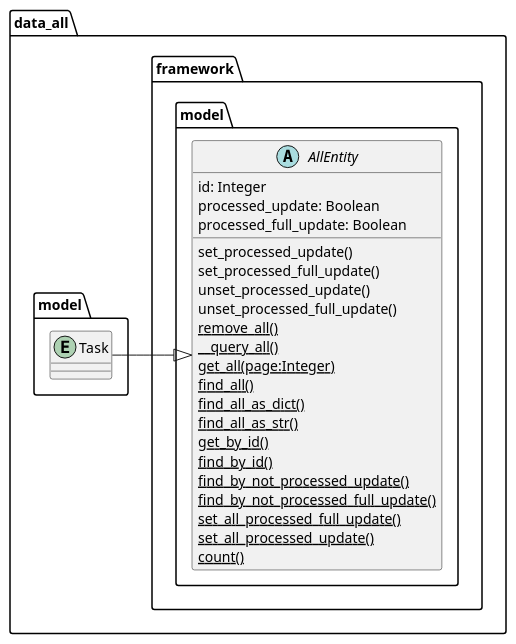
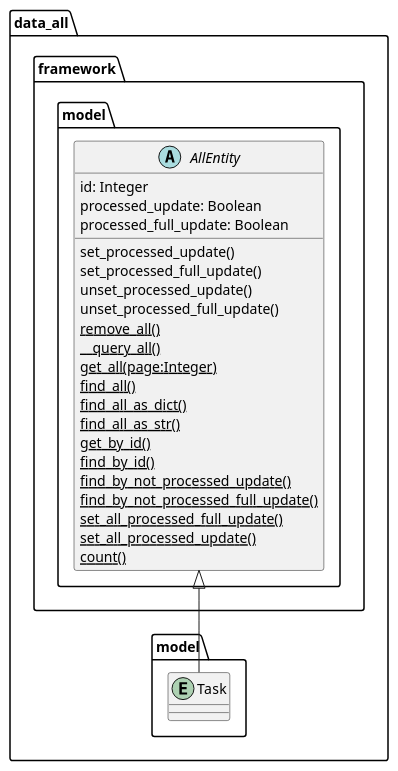
One commit to thomaswoehlke/flask_covid19 changed the diagram in docs/uml/project/data_all/model_impl.puml. Above: the diagram before and after it, drawn with PlantUML. The commit also changed 26 other files, not shown here.

```diff
--- a/docs/uml/project/data_all/model_impl.puml
+++ b/docs/uml/project/data_all/model_impl.puml
@@ -1,61 +1,39 @@
 @startuml
+left to right direction
 'https://plantuml.com/class-diagram
-
-'abstract class AbstractList
-'abstract AbstractCollection
-'interface List
-'interface Collection
-
-'List <|-- AbstractList
-'Collection <|-- AbstractCollection
-
-'Collection <|- List
-'AbstractCollection <|- AbstractList
-'AbstractList <|-- ArrayList
-
-'class ArrayList {
-'Object[] elementData
-'size()
-'}
-
-'enum TimeUnit {
-'DAYS
-'HOURS
-'MINUTES
-'}
 
 package data_all.framework.model {
 
     abstract class AllEntity {
         id: Integer
         processed_update: Boolean
         processed_full_update: Boolean
 
         set_processed_update()
         set_processed_full_update()
         unset_processed_update()
         unset_processed_full_update()
         {classifier} remove_all()
         {classifier} __query_all()
         {classifier} get_all(page:Integer)
         {classifier} find_all()
         {classifier} find_all_as_dict()
         {classifier} find_all_as_str()
         {classifier} get_by_id()
         {classifier} find_by_id()
         {classifier} find_by_not_processed_update()
         {classifier} find_by_not_processed_full_update()
         {classifier} set_all_processed_full_update()
         {classifier} set_all_processed_update()
         {classifier} count()
     }
 }
 
 package data_all.model {
 
     entity Task {}
 
     AllEntity <|- Task
 }
 
 @enduml
```
